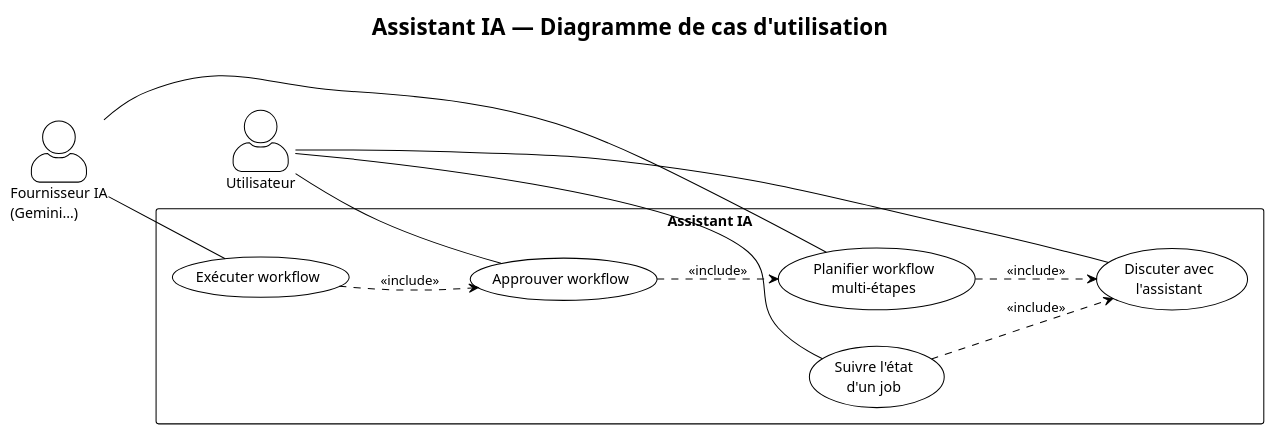
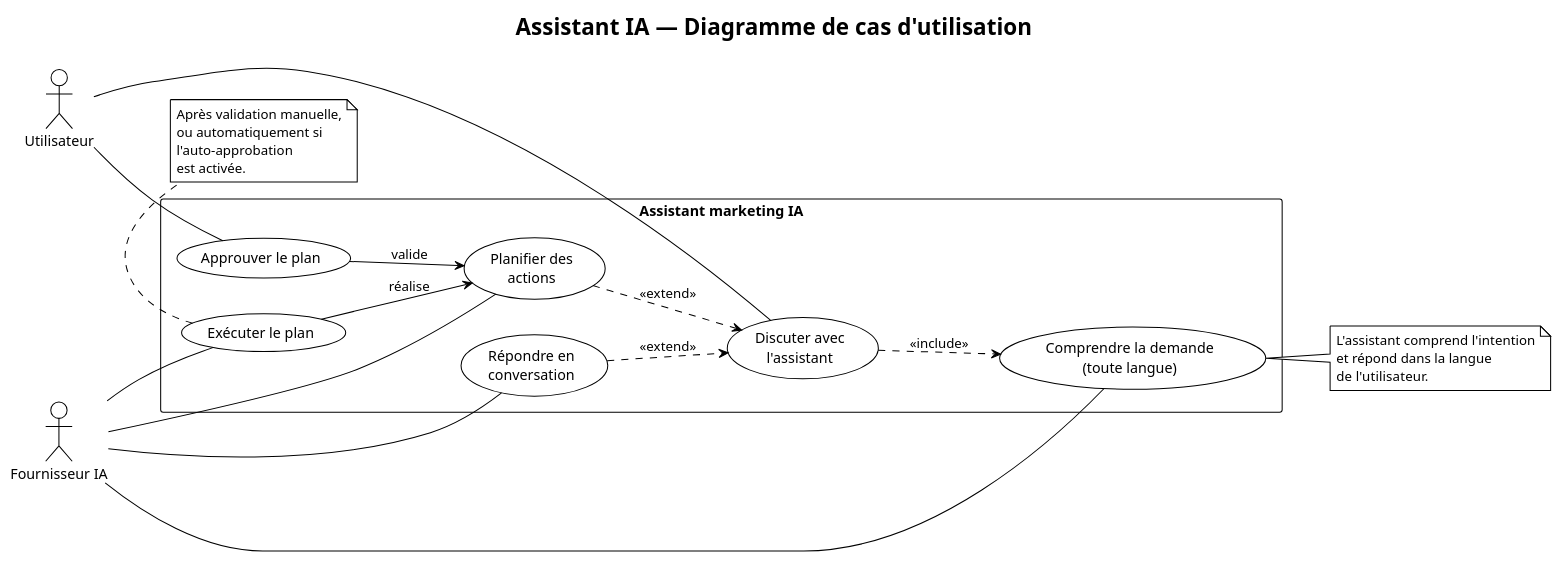
Before and after one commit to SonOfOgre666/agent-market: the diagram in rapport/diagrams/Diagramme_de_cas_d'utilisation/ai-assistant.puml, drawn with PlantUML. The commit also changed 24 other files, not shown here.

```diff
--- a/rapport/diagrams/Diagramme_de_cas_d'utilisation/ai-assistant.puml
+++ b/rapport/diagrams/Diagramme_de_cas_d'utilisation/ai-assistant.puml
@@ -1,39 +1,52 @@
 @startuml ai-assistant
 !theme plain
 title Assistant IA — Diagramme de cas d'utilisation
 
 left to right direction
 skinparam packageStyle rectangle
-skinparam actorStyle awesome
 
 actor "Utilisateur" as User
-actor "Fournisseur IA\n(Gemini…)" as LLM
+actor "Fournisseur IA" as LLM
 
+rectangle "Assistant marketing IA" {
+  usecase "Discuter avec\nl'assistant" as UC_Chat
+  usecase "Comprendre la demande\n(toute langue)" as UC_Understand
+  usecase "Répondre en\nconversation" as UC_ChatOnly
+  usecase "Planifier des\nactions" as UC_Plan
+  usecase "Approuver le plan" as UC_Approve
+  usecase "Exécuter le plan" as UC_Exec
+}
 
-  package "Assistant IA" {
-
-    usecase "Discuter avec\nl'assistant" as UC_Chat
-    usecase "Planifier workflow\nmulti-étapes" as UC_Plan
-    usecase "Approuver workflow" as UC_Approve
-    usecase "Exécuter workflow" as UC_Exec
-    usecase "Suivre l'état\nd'un job" as UC_Poll
-  }
-
-
-' ─── Acteur principal ───────────────────────────────────────
 User -- UC_Chat
 User -- UC_Approve
-User -- UC_Poll
 
-' ─── Acteur secondaire ────────────────────────────────────────
+LLM -- UC_Understand
 LLM -- UC_Plan
+LLM -- UC_ChatOnly
 LLM -- UC_Exec
 
-' ─── Relations entre cas d'utilisation ──────────────────────
-UC_Plan    ..> UC_Chat : <<include>>
-UC_Approve ..> UC_Plan : <<include>>
-UC_Exec    ..> UC_Approve : <<include>>
-UC_Poll    ..> UC_Chat : <<include>>
+' Toute discussion passe d'abord par la compréhension
+UC_Chat ..> UC_Understand : <<include>>
 
+' Selon l'intention : simple réponse OU plan d'actions
+UC_ChatOnly ..> UC_Chat : <<extend>>
+UC_Plan ..> UC_Chat : <<extend>>
+
+' Approbation et exécution portent sur un plan
+UC_Approve --> UC_Plan : valide
+UC_Exec --> UC_Plan : réalise
+
+note right of UC_Understand
+  L'assistant comprend l'intention
+  et répond dans la langue
+  de l'utilisateur.
+end note
+
+note bottom of UC_Exec
+  Après validation manuelle,
+  ou automatiquement si
+  l'auto-approbation
+  est activée.
+end note
 
 @enduml
```
